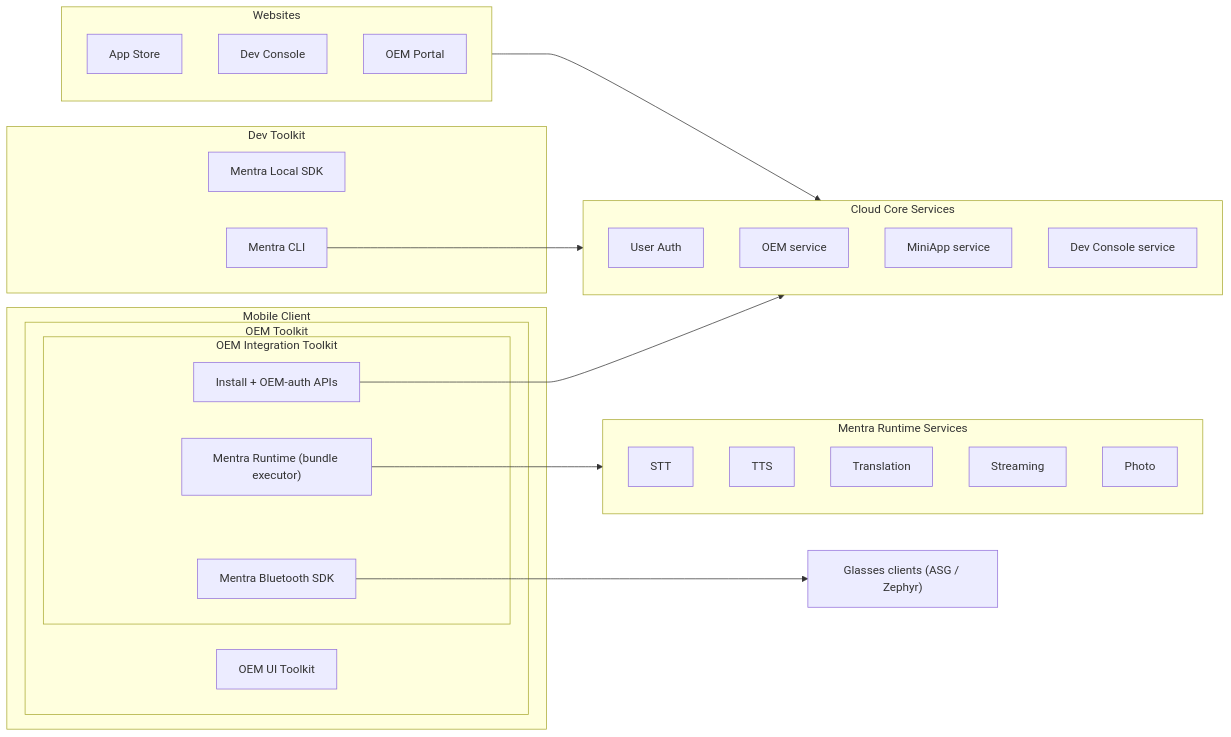
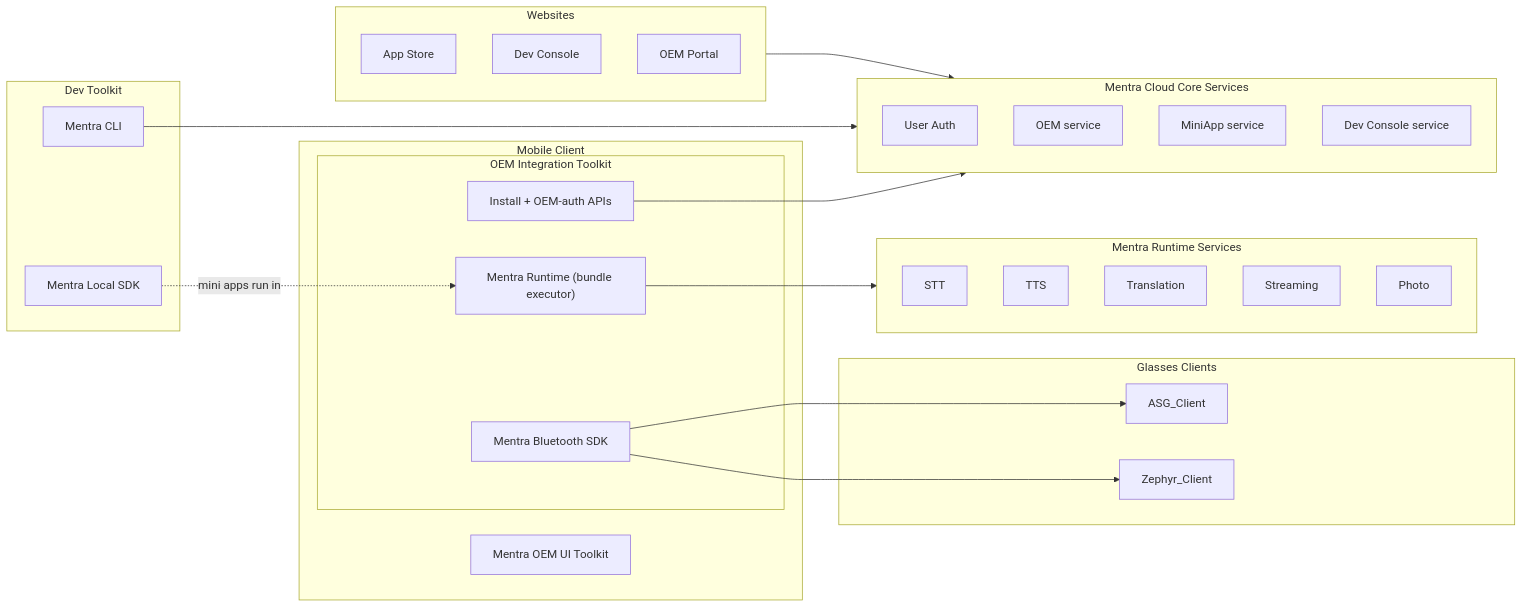
The diagram in cloud-v2/docs/mentra-overhaul-plan.md (Mentra-Community/MentraOS), drawn with Mermaid before and after one commit. The commit also changed other lines of this file, not shown here.

````diff
--- a/cloud-v2/docs/mentra-overhaul-plan.md
+++ b/cloud-v2/docs/mentra-overhaul-plan.md
@@ -71,47 +99,51 @@
 ```mermaid
 flowchart LR
   subgraph DevToolkit["Dev Toolkit"]
     LocalSDK["Mentra Local SDK"]
     CLI["Mentra CLI"]
   end
 
   subgraph MobileClient["Mobile Client"]
-    subgraph OEMToolkit["OEM Toolkit"]
-      subgraph IntegrationToolkit["OEM Integration Toolkit"]
-        Runtime["Mentra Runtime (bundle executor)"]
-        InstallAuth["Install + OEM-auth APIs"]
-        BluetoothSDK["Mentra Bluetooth SDK"]
-      end
-      UIToolkit["OEM UI Toolkit"]
+    subgraph IntegrationToolkit["OEM Integration Toolkit"]
+      Runtime["Mentra Runtime (bundle executor)"]
+      InstallAuth["Install + OEM-auth APIs"]
+      BluetoothSDK["Mentra Bluetooth SDK"]
     end
+    UIToolkit["Mentra OEM UI Toolkit"]
   end
 
-  Glasses["Glasses clients (ASG / Zephyr)"]
+  subgraph Glasses["Glasses Clients"]
+    ASG["ASG_Client"]
+    Zephyr["Zephyr_Client"]
+  end
 
   subgraph RuntimeServices["Mentra Runtime Services"]
     STT
     TTS
     Translation
     Streaming
     Photo
   end
 
-  subgraph CoreServices["Cloud Core Services"]
+  subgraph CoreServices["Mentra Cloud Core Services"]
     UserAuth["User Auth"]
     OEMSvc["OEM service"]
     MiniAppSvc["MiniApp service"]
     DevConsoleSvc["Dev Console service"]
   end
 
   subgraph Websites["Websites"]
     AppStore["App Store"]
     DevConsoleSite["Dev Console"]
     OEMPortal["OEM Portal"]
   end
 
-  BluetoothSDK --> Glasses
+  BluetoothSDK --> ASG
+  BluetoothSDK --> Zephyr
   Runtime --> RuntimeServices
   InstallAuth --> CoreServices
   CLI --> CoreServices
   Websites --> CoreServices
+
+  LocalSDK -. "mini apps run in" .-> Runtime
 ```
````
